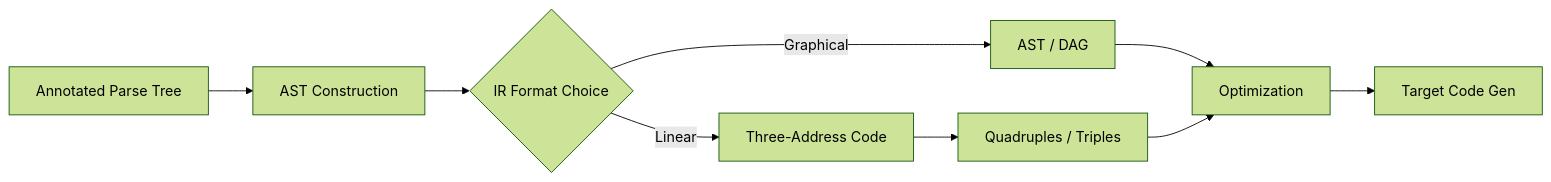
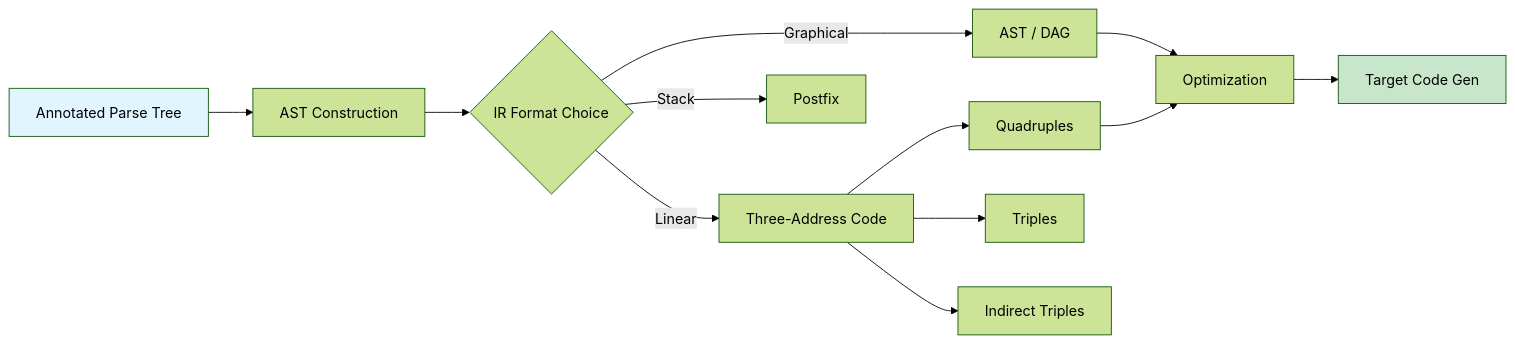
One commit to Raushan666java/ai-engineering-journey changed the first of 3 diagrams in docs/courses/compiler-design/06-intermediate-code.md. Above: the diagram before and after it, drawn with Mermaid (forest theme). The commit also changed other lines of this file and 41 other files, not shown here.

````diff
--- a/docs/courses/compiler-design/06-intermediate-code.md
+++ b/docs/courses/compiler-design/06-intermediate-code.md
@@ -26,11 +24,16 @@
 ```mermaid
 flowchart LR
     A[Annotated Parse Tree] --> B[AST Construction]
     B --> C{IR Format Choice}
     C -->|Graphical| D[AST / DAG]
     C -->|Linear| E[Three-Address Code]
-    E --> F[Quadruples / Triples]
-    D --> G[Optimization]
-    F --> G
-    G --> H[Target Code Gen]
+    C -->|Stack| F[Postfix]
+    E --> G[Quadruples]
+    E --> H[Triples]
+    E --> I[Indirect Triples]
+    D --> J[Optimization]
+    G --> J
+    J --> K[Target Code Gen]
+    style A fill:#e1f5fe
+    style K fill:#c8e6c9
 ```
````
